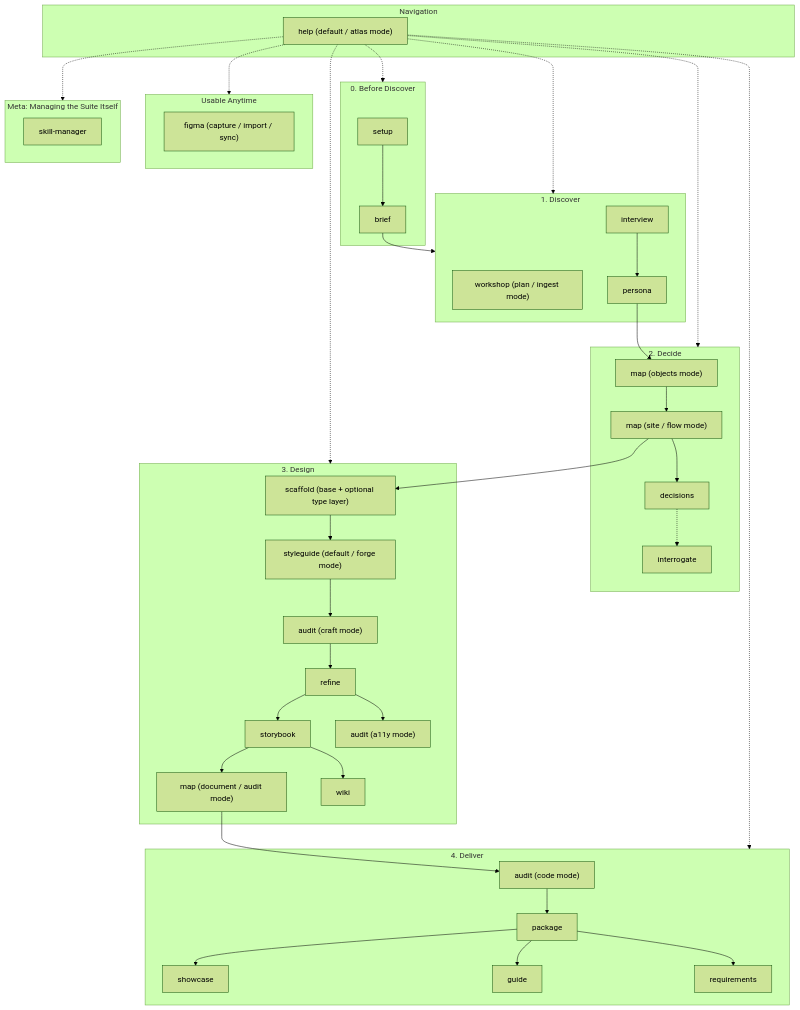
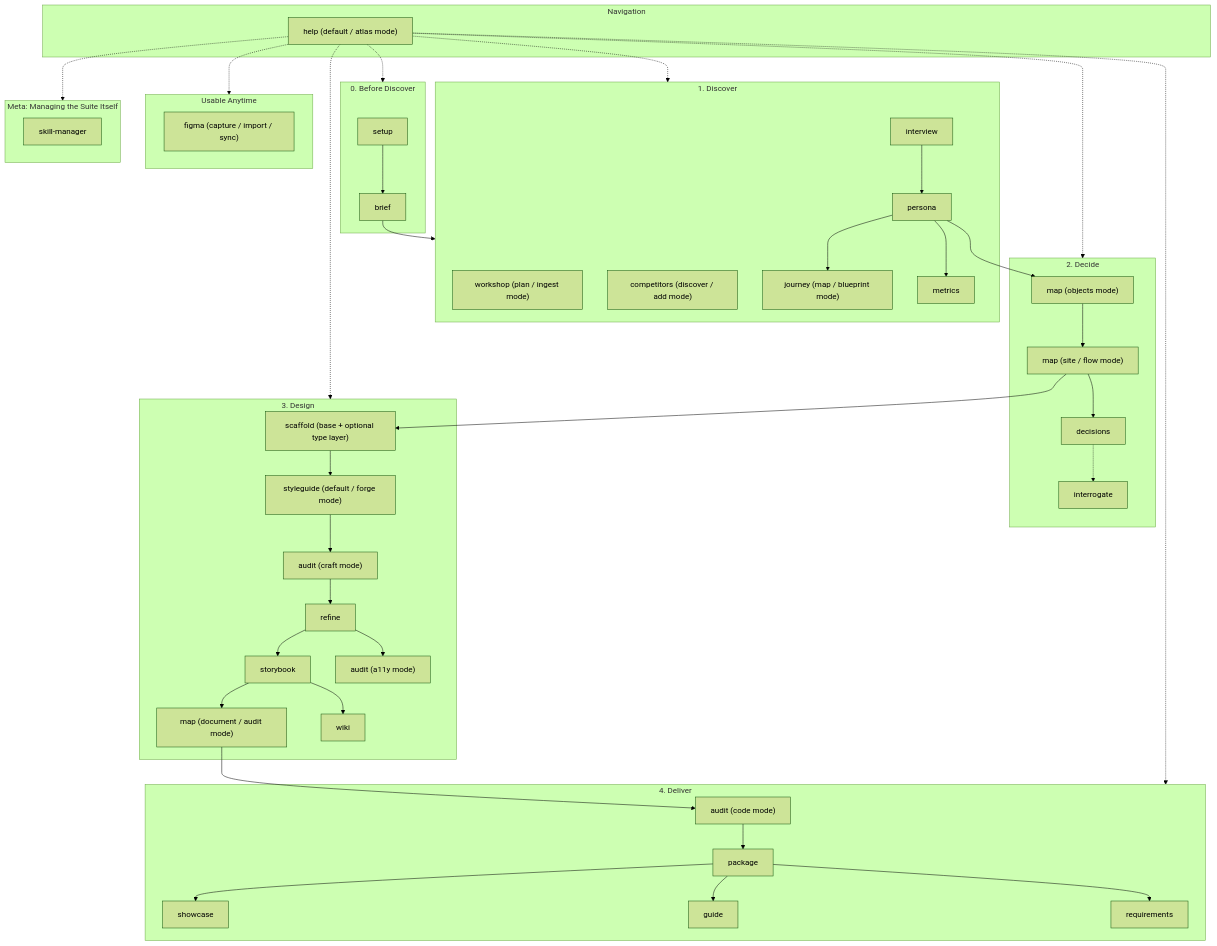
Before and after one commit to RPalis/AIXLab-Atlas: the diagram in AGENTS.md, drawn with Mermaid (forest theme). The commit also changed other lines of this file and 8 other files, not shown here.

First line of the commit message:
Add competitors skill for Discover-phase competitive analysis

````diff
--- a/AGENTS.md
+++ b/AGENTS.md
@@ -15,58 +15,61 @@
 ```mermaid
 flowchart TD
     subgraph Router ["Navigation"]
         RH["help (default / atlas mode)"]
     end
 
     subgraph Before ["0. Before Discover"]
         P00[setup] --> P00B[brief]
     end
 
     subgraph Discover ["1. Discover"]
         P0W["workshop (plan / ingest mode)"]
+        P0C["competitors (discover / add mode)"]
         P0U[interview] --> P1[persona]
+        P1 --> P0J["journey (map / blueprint mode)"]
+        P1 --> P0M[metrics]
     end
 
     subgraph Decide ["2. Decide"]
         P1 --> P2["map (objects mode)"]
         P2 --> P2B["map (site / flow mode)"]
         P2B --> P7B[decisions]
         P7B -.-> P7C[interrogate]
     end
 
     subgraph Design ["3. Design"]
         P2B --> P3["scaffold (base + optional type layer)"]
         P3 --> P4["styleguide (default / forge mode)"]
         P4 --> PCA["audit (craft mode)"]
         PCA --> P5[refine]
         P5 --> P6[storybook]
         P6 --> P7["map (document / audit mode)"]
         P5 --> P7D["audit (a11y mode)"]
         P6 --> P7F[wiki]
     end
 
     subgraph Deliver ["4. Deliver"]
         P7 --> P8["audit (code mode)"]
         P8 --> P9[package]
         P9 --> P9B[showcase]
         P9 --> P9C[guide]
         P9 --> P9D[requirements]
     end
 
     subgraph Anytime ["Usable Anytime"]
         FIG["figma (capture / import / sync)"]
     end
 
     subgraph Meta ["Meta: Managing the Suite Itself"]
         SM[skill-manager]
     end
 
     P00B --> Discover
     RH -.-> Before
     RH -.-> Discover
     RH -.-> Decide
     RH -.-> Design
     RH -.-> Deliver
     RH -.-> Anytime
     RH -.-> Meta
 ```
````
